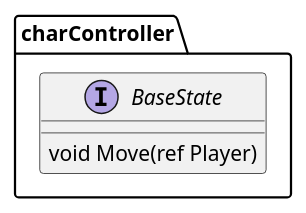
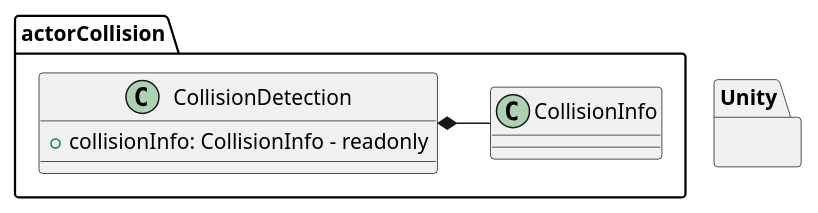
The second of 2 diagrams in UMLs/src/Class_Diagram_Overview.puml (CZOLGOWUS/Unity_2d_Character_Controller), drawn with PlantUML before and after one commit. The commit also changed other lines of this file and 1 other file, not shown here.

```diff
--- a/UMLs/src/Class_Diagram_Overview.puml
+++ b/UMLs/src/Class_Diagram_Overview.puml
@@ -1,9 +52,19 @@
 @startuml
-'https://plantuml.com/class-diagram
-namespace charController{
-    interface BaseState
+
+namespace Unity{
+
+}
+
+namespace actorCollision{
+    class CollisionInfo {}
+    class CollisionDetection 
     {
-        void Move(ref Player)
+        + collisionInfo: CollisionInfo - readonly
     }
+
+    CollisionDetection *- CollisionInfo
 }
+
+
+
 @enduml
```
